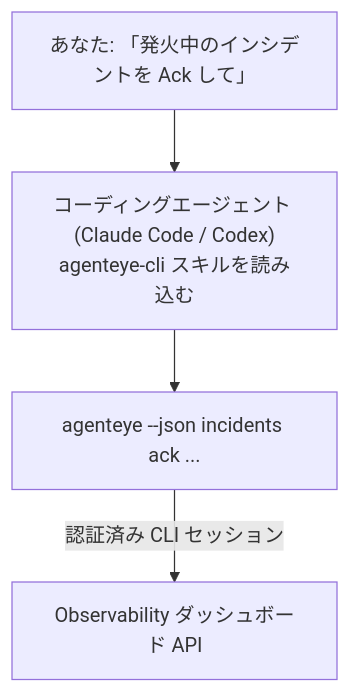
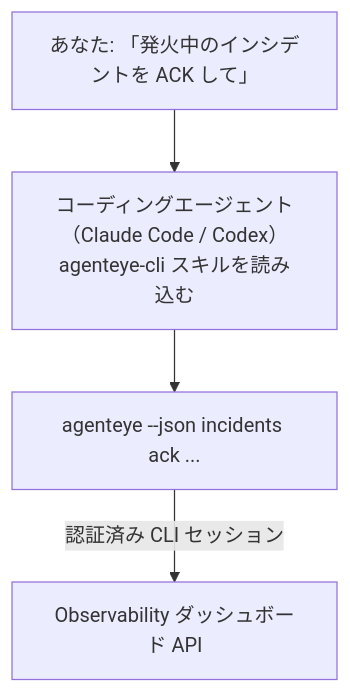
Before and after one commit to FailproofAI/failproofai: the diagram in docs/ja/agenteye/cli-skill.mdx, drawn with Mermaid. The commit also changed other lines of this file and 678 other files, not shown here.

````diff
--- a/docs/ja/agenteye/cli-skill.mdx
+++ b/docs/ja/agenteye/cli-skill.mdx
@@ -28,6 +28,6 @@
 ```mermaid
 flowchart TD
-    YOU["あなた: 「発火中のインシデントを Ack して」"] --> AGENT["コーディングエージェント (Claude Code / Codex)<br/>agenteye-cli スキルを読み込む"]
+    YOU["あなた: 「発火中のインシデントを ACK して」"] --> AGENT["コーディングエージェント（Claude Code / Codex）<br/>agenteye-cli スキルを読み込む"]
     AGENT --> CLI["agenteye --json incidents ack ..."]
     CLI -->|認証済み CLI セッション| API["Observability ダッシュボード API"]
 ```
````
